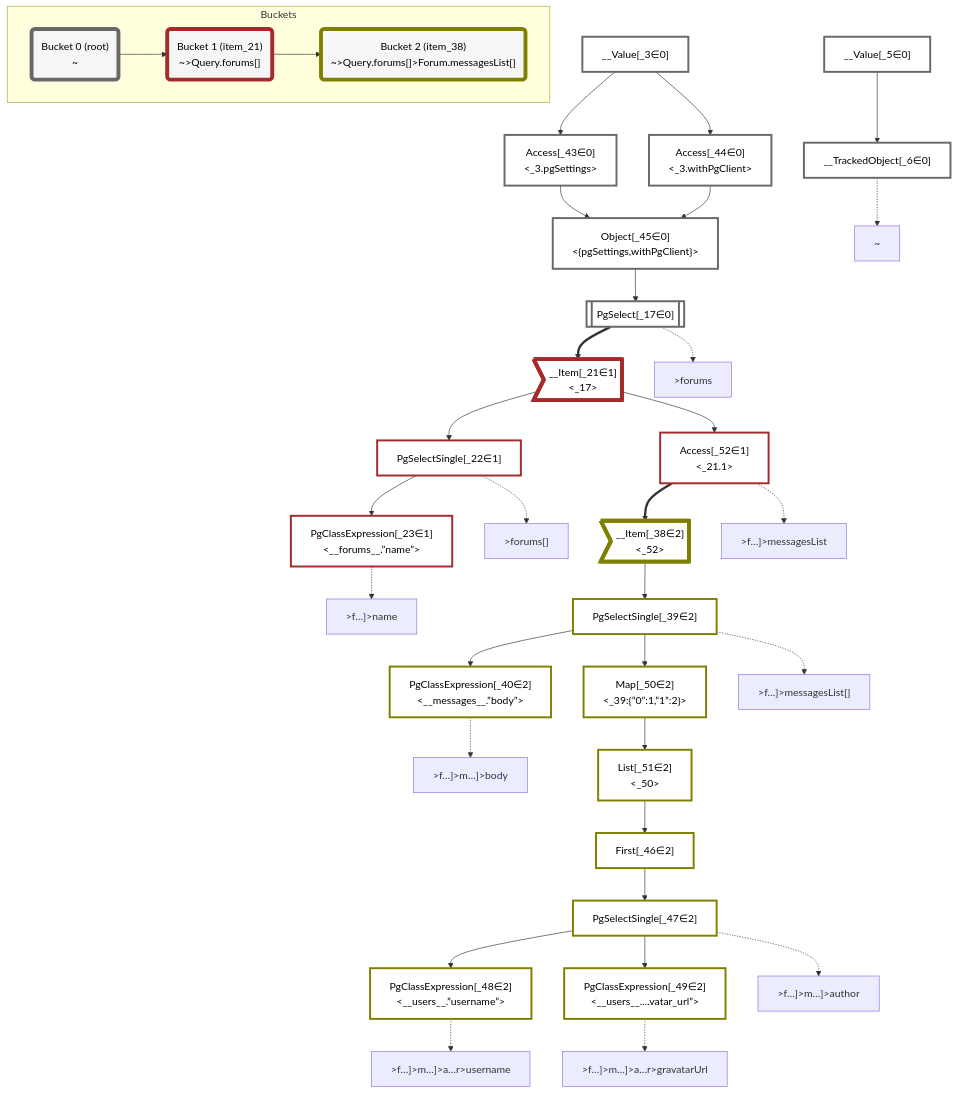
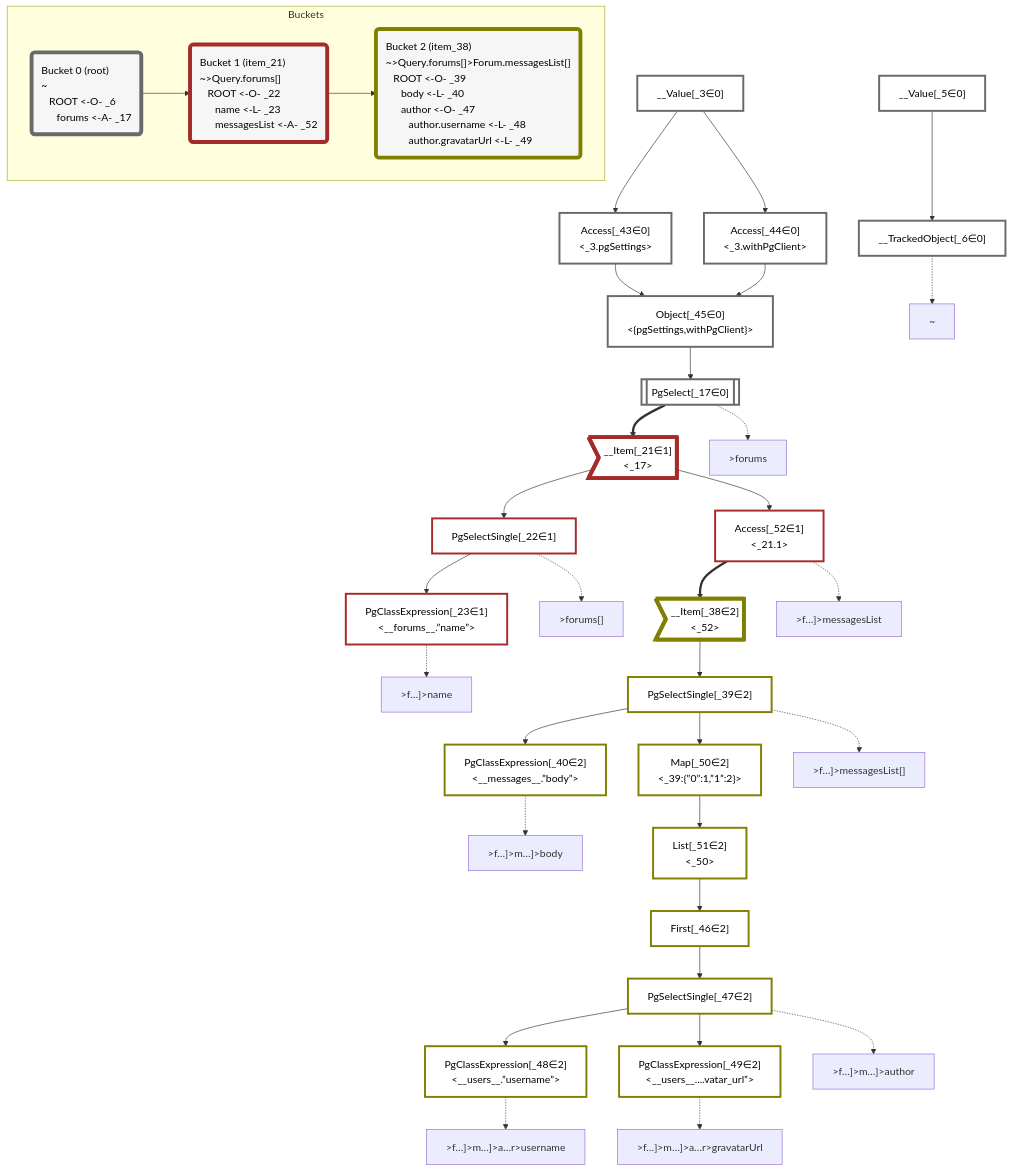
Before and after one commit to graphile/crystal: the diagram in packages/dataplan-pg/__tests__/queries/conditions/basics-with-author.mermaid.md, drawn with Mermaid. The commit also changed 195 other files, not shown here.

```diff
--- a/packages/dataplan-pg/__tests__/queries/conditions/basics-with-author.mermaid.md
+++ b/packages/dataplan-pg/__tests__/queries/conditions/basics-with-author.mermaid.md
@@ -4,7 +4,7 @@
     classDef plan fill:#fff,stroke-width:3px,color:#000
     classDef itemplan fill:#fff,stroke-width:6px,color:#000
     classDef sideeffectplan fill:#f00,stroke-width:6px,color:#000
-    classDef bucket fill:#f6f6f6,color:#000,stroke-width:6px
+    classDef bucket fill:#f6f6f6,color:#000,stroke-width:6px,text-align:left
 
 
     %% define plans
@@ -81,12 +81,12 @@
     class __Item_38,PgSelectSingle_39,PgClassExpression_40,First_46,PgSelectSingle_47,PgClassExpression_48,PgClassExpression_49,Map_50,List_51 bucket2
 
     subgraph Buckets
-    Bucket0("Bucket 0 (root)<br />~"):::bucket
+    Bucket0("Bucket 0 (root)<br />~<br />⠀ROOT <-O- _6<br />⠀⠀forums <-A- _17"):::bucket
     style Bucket0 stroke:#696969
-    Bucket1("Bucket 1 (item_21)<br />~>Query.forums[]"):::bucket
+    Bucket1("Bucket 1 (item_21)<br />~>Query.forums[]<br />⠀ROOT <-O- _22<br />⠀⠀name <-L- _23<br />⠀⠀messagesList <-A- _52"):::bucket
     style Bucket1 stroke:#a52a2a
     Bucket0 --> Bucket1
-    Bucket2("Bucket 2 (item_38)<br />~>Query.forums[]>Forum.messagesList[]"):::bucket
+    Bucket2("Bucket 2 (item_38)<br />~>Query.forums[]>Forum.messagesList[]<br />⠀ROOT <-O- _39<br />⠀⠀body <-L- _40<br />⠀⠀author <-O- _47<br />⠀⠀⠀author.username <-L- _48<br />⠀⠀⠀author.gravatarUrl <-L- _49"):::bucket
     style Bucket2 stroke:#808000
     Bucket1 --> Bucket2
     end
```
